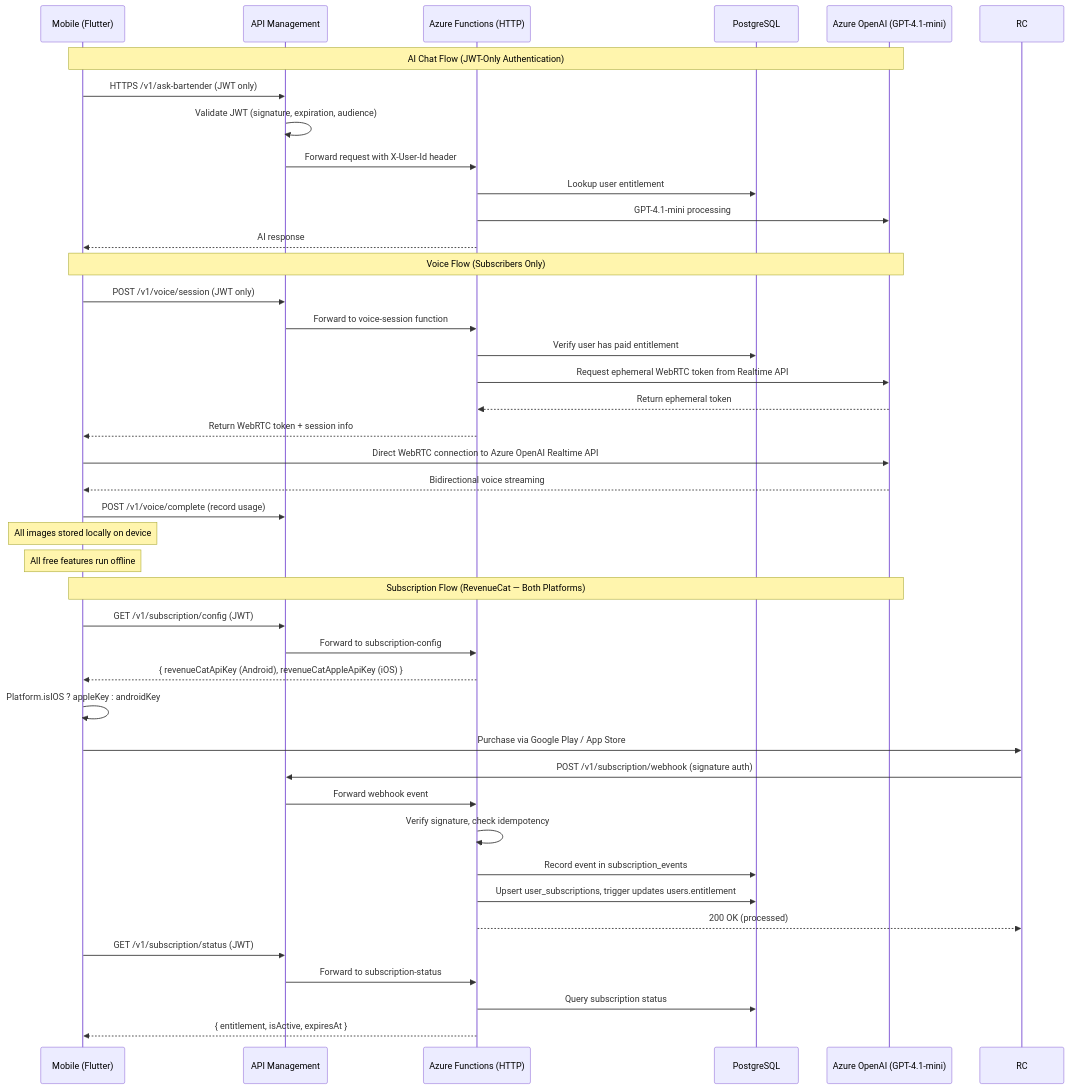
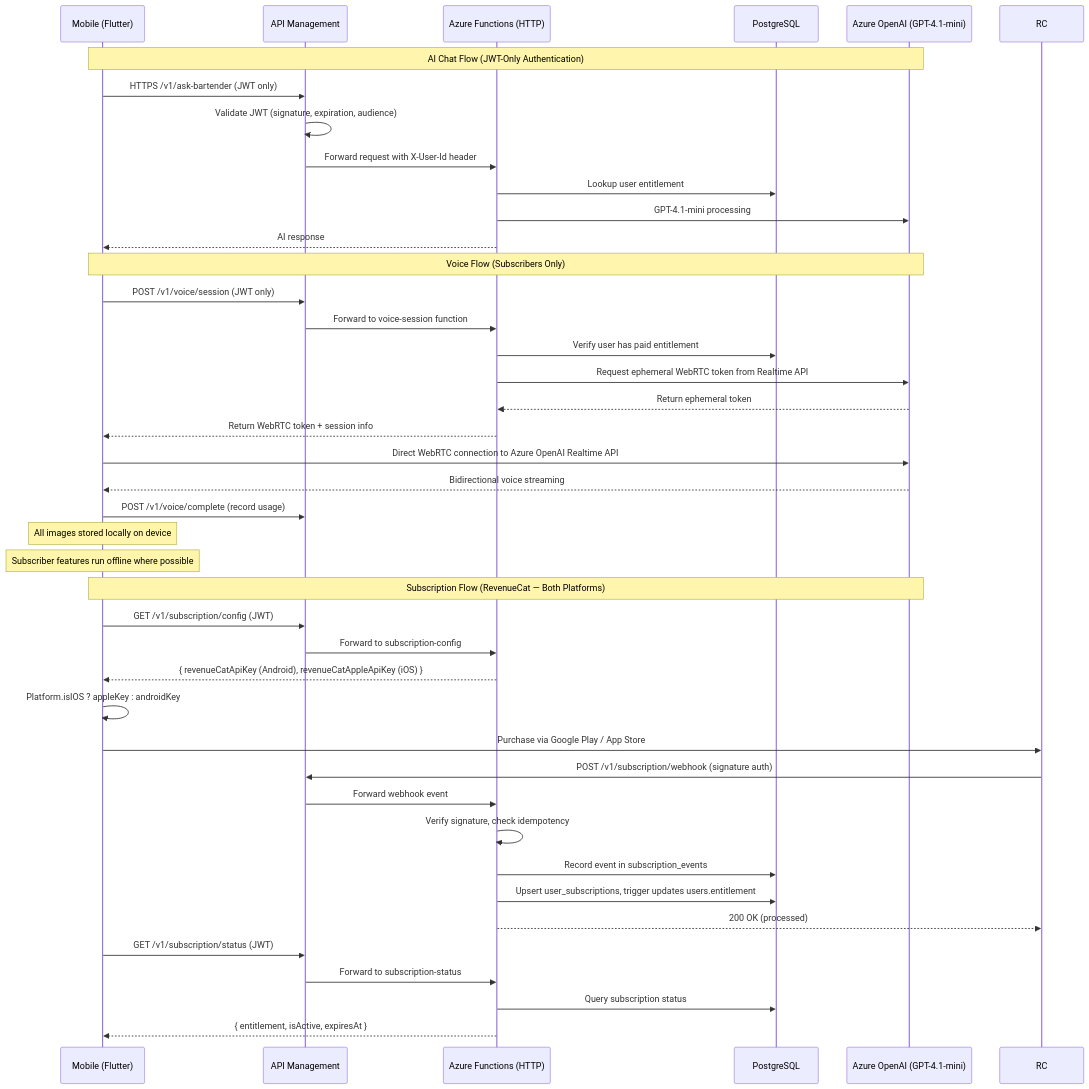
The first of 3 diagrams in docs/ARCHITECTURE.md (gwhitley1969/mybartenderAI-MVP), drawn with Mermaid before and after one commit. The commit also changed other lines of this file and 19 other files, not shown here.

````diff
--- a/docs/ARCHITECTURE.md
+++ b/docs/ARCHITECTURE.md
@@ -105,47 +105,47 @@
 ```mermaid
 sequenceDiagram
   participant M as Mobile (Flutter)
   participant APIM as API Management
   participant F as Azure Functions (HTTP)
   participant DB as PostgreSQL
   participant AI as Azure OpenAI (GPT-4.1-mini)
 
   Note over M,AI: AI Chat Flow (JWT-Only Authentication)
   M->>APIM: HTTPS /v1/ask-bartender (JWT only)
   APIM->>APIM: Validate JWT (signature, expiration, audience)
   APIM->>F: Forward request with X-User-Id header
   F->>DB: Lookup user entitlement
   F->>AI: GPT-4.1-mini processing
   F-->>M: AI response
 
   Note over M,AI: Voice Flow (Subscribers Only)
   M->>APIM: POST /v1/voice/session (JWT only)
   APIM->>F: Forward to voice-session function
   F->>DB: Verify user has paid entitlement
   F->>AI: Request ephemeral WebRTC token from Realtime API
   AI-->>F: Return ephemeral token
   F-->>M: Return WebRTC token + session info
   M->>AI: Direct WebRTC connection to Azure OpenAI Realtime API
   AI-->>M: Bidirectional voice streaming
   M->>APIM: POST /v1/voice/complete (record usage)
 
   Note over M: All images stored locally on device
-  Note over M: All free features run offline
+  Note over M: Subscriber features run offline where possible
 
   Note over M,AI: Subscription Flow (RevenueCat — Both Platforms)
   M->>APIM: GET /v1/subscription/config (JWT)
   APIM->>F: Forward to subscription-config
   F-->>M: { revenueCatApiKey (Android), revenueCatAppleApiKey (iOS) }
   M->>M: Platform.isIOS ? appleKey : androidKey
   M->>RC: Purchase via Google Play / App Store
   RC->>APIM: POST /v1/subscription/webhook (signature auth)
   APIM->>F: Forward webhook event
   F->>F: Verify signature, check idempotency
   F->>DB: Record event in subscription_events
   F->>DB: Upsert user_subscriptions, trigger updates users.entitlement
   F-->>RC: 200 OK (processed)
   M->>APIM: GET /v1/subscription/status (JWT)
   APIM->>F: Forward to subscription-status
   F->>DB: Query subscription status
   F-->>M: { entitlement, isActive, expiresAt }
 ```
````
